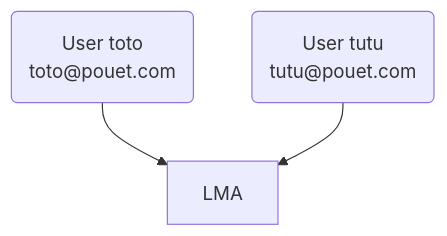
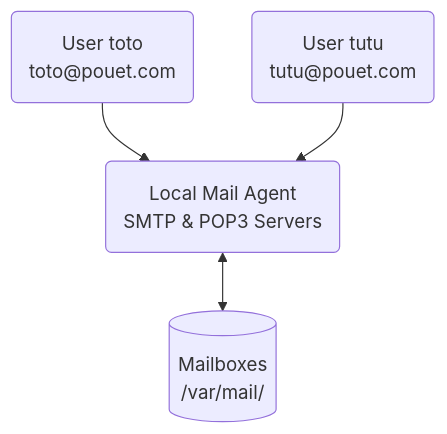
One commit to orel33/local-mail-agent changed the diagram in README.md. Above: the diagram before and after it, drawn with Mermaid.

````diff
--- a/README.md
+++ b/README.md
@@ -43,6 +43,9 @@
 ```mermaid
 graph TD;
     MUA1("User toto\n toto@pouet.com");
     MUA2("User tutu\n tutu@pouet.com");
+    LMA("Local Mail Agent\n SMTP & POP3 Servers")
+    MX[("Mailboxes\n /var/mail/")]
     MUA1 & MUA2 --> LMA;
+    LMA <--> MX
 ```
````
